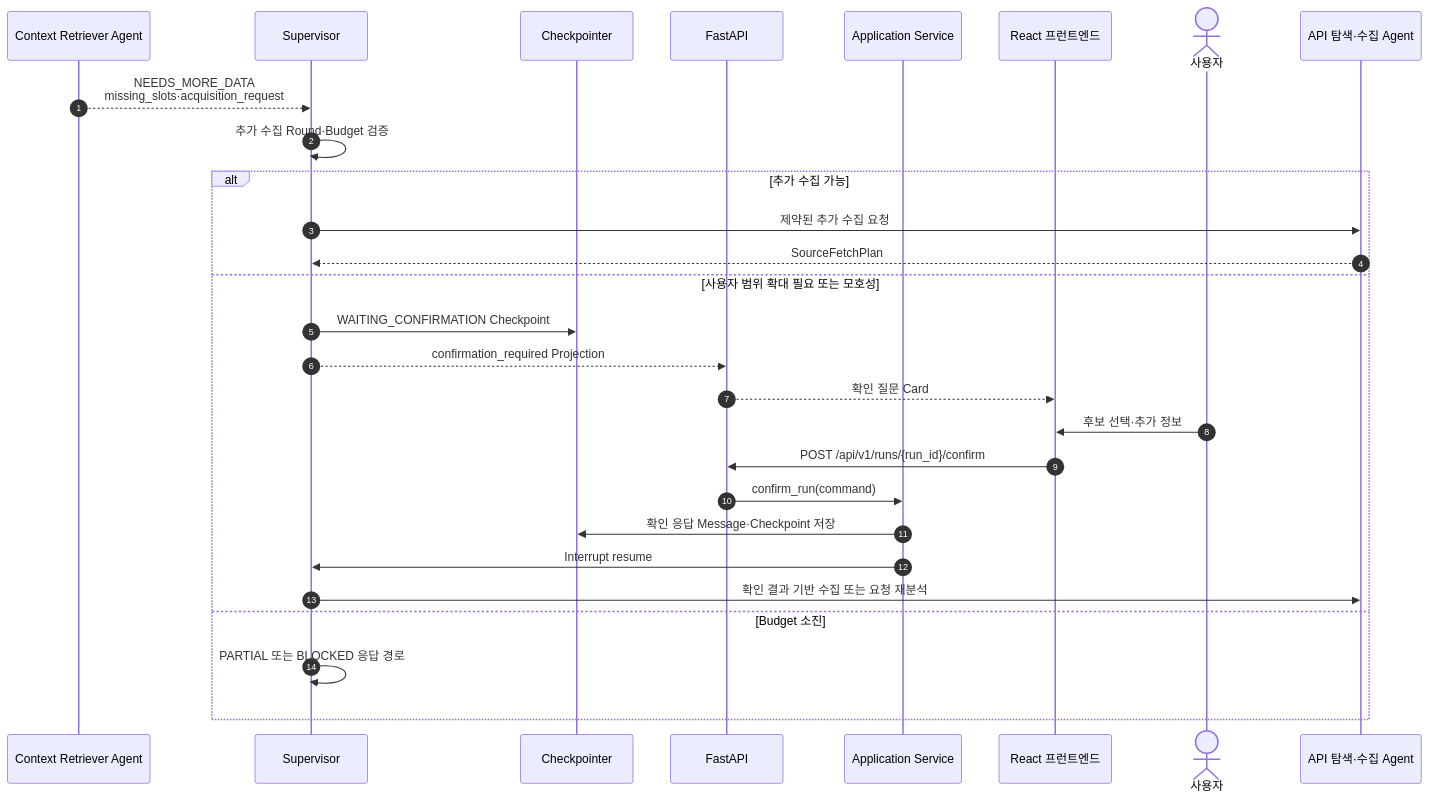
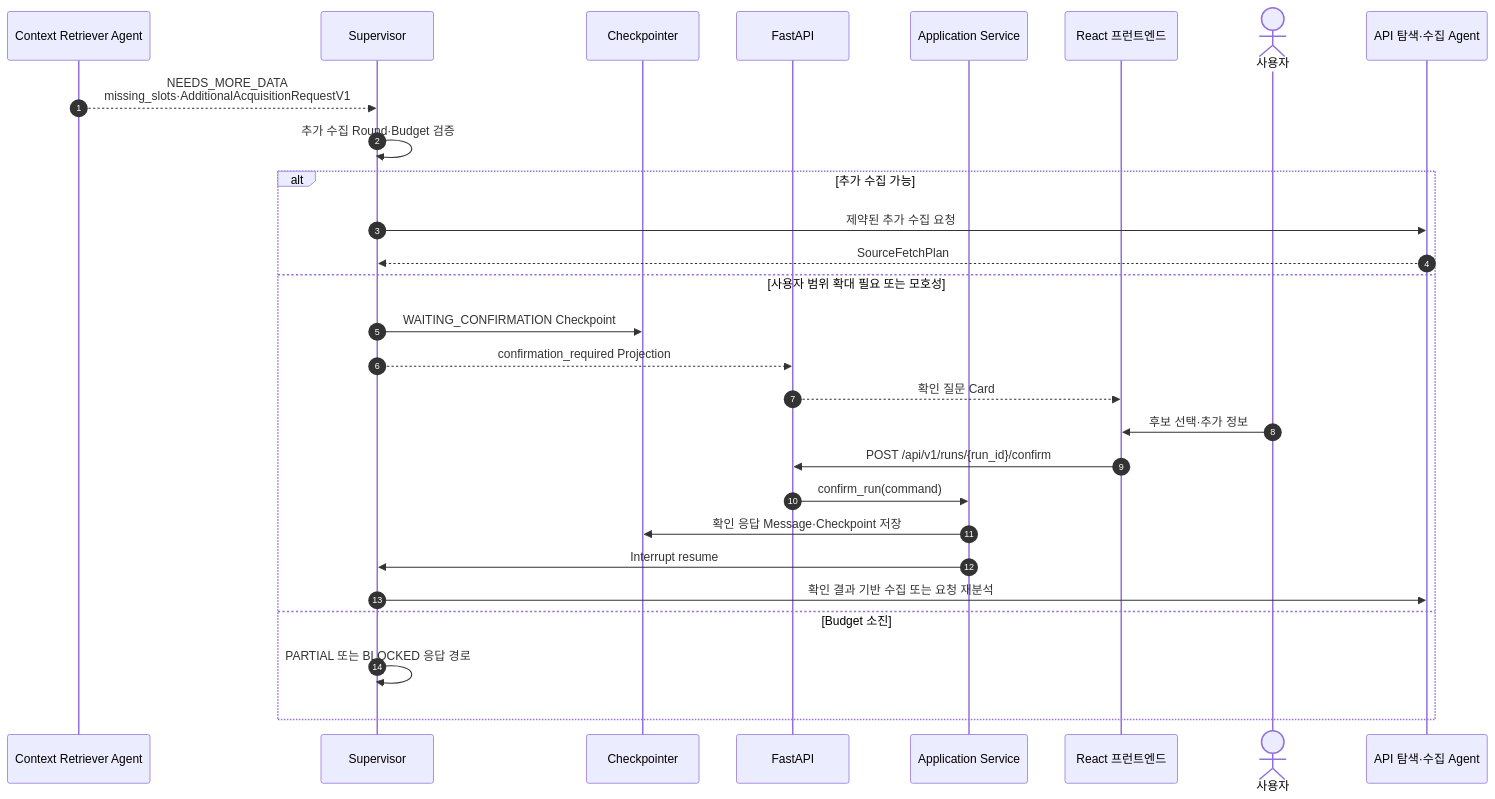
One commit to solar-ai-dev/google-work-agent changed the fifth of 18 diagrams in docs/08-sequence-design.md. Above: the diagram before and after it, drawn with Mermaid. The commit also changed 15 other files, not shown here.

````diff
--- a/docs/08-sequence-design.md
+++ b/docs/08-sequence-design.md
@@ -286,31 +286,31 @@
 ```mermaid
 sequenceDiagram
     autonumber
     participant RET as Context Retriever Agent
     participant SUP as Supervisor
     participant DB as Checkpointer
     participant API as FastAPI
     participant APP as Application Service
     participant FE as React 프런트엔드
     actor U as 사용자
     participant ACQ as API 탐색·수집 Agent
 
-    RET-->>SUP: NEEDS_MORE_DATA<br>missing_slots·acquisition_request
+    RET-->>SUP: NEEDS_MORE_DATA<br>missing_slots·AdditionalAcquisitionRequestV1
     SUP->>SUP: 추가 수집 Round·Budget 검증
     alt 추가 수집 가능
         SUP->>ACQ: 제약된 추가 수집 요청
         ACQ-->>SUP: SourceFetchPlan
     else 사용자 범위 확대 필요 또는 모호성
         SUP->>DB: WAITING_CONFIRMATION Checkpoint
         SUP-->>API: confirmation_required Projection
         API-->>FE: 확인 질문 Card
         U->>FE: 후보 선택·추가 정보
         FE->>API: POST /api/v1/runs/{run_id}/confirm
         API->>APP: confirm_run(command)
         APP->>DB: 확인 응답 Message·Checkpoint 저장
         APP->>SUP: Interrupt resume
         SUP->>ACQ: 확인 결과 기반 수집 또는 요청 재분석
     else Budget 소진
         SUP->>SUP: PARTIAL 또는 BLOCKED 응답 경로
     end
 ```
````
